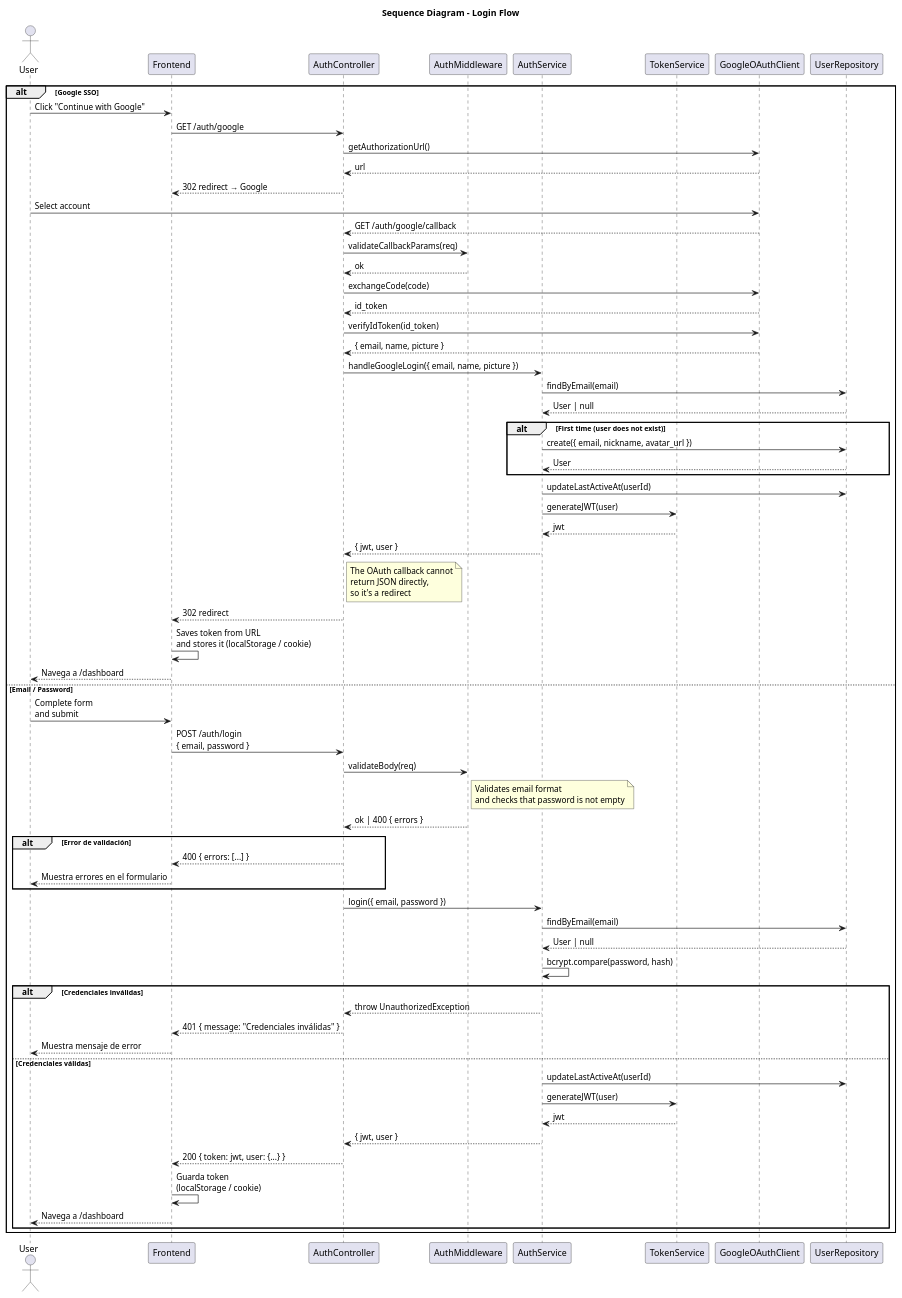
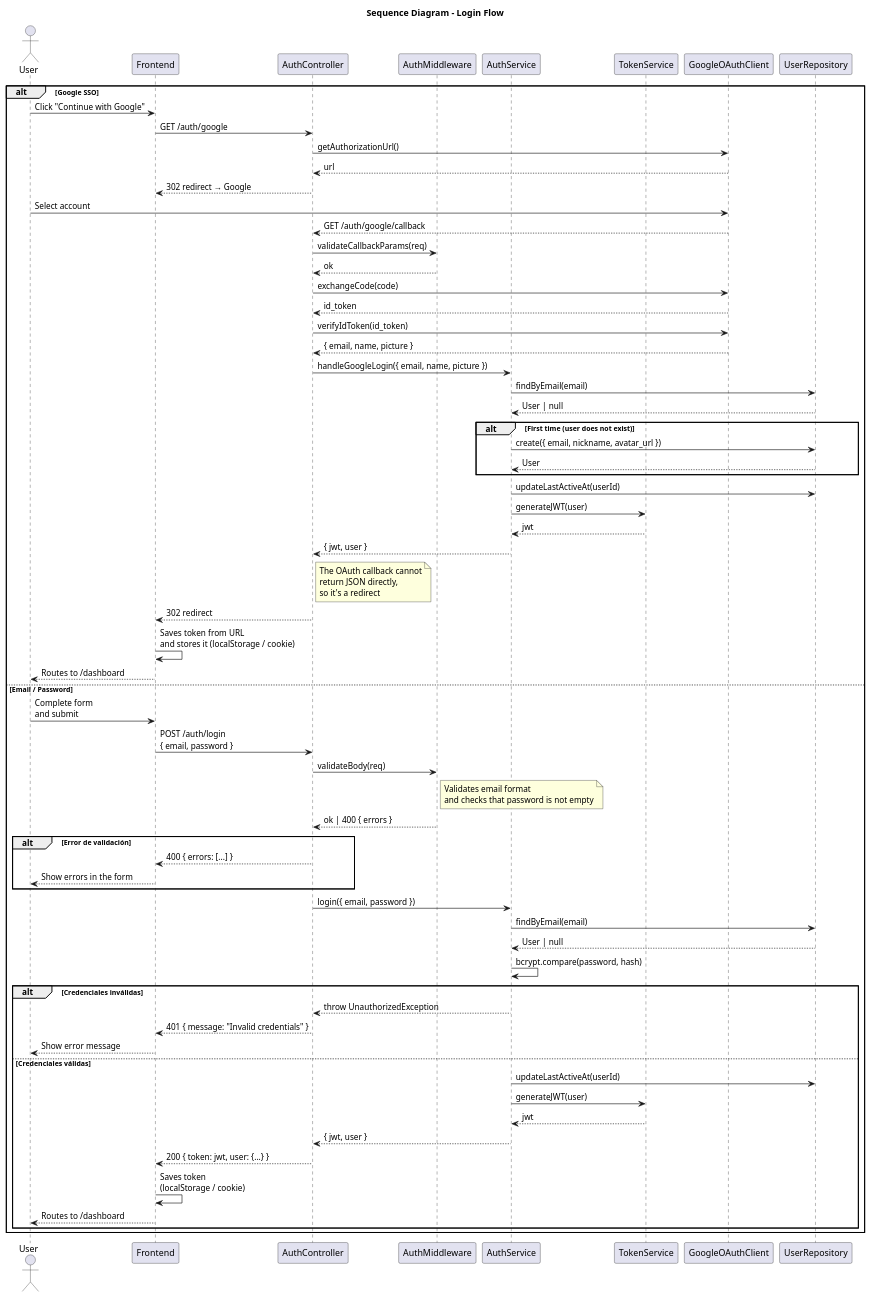
One commit to BerlyCS/AlToke changed the diagram in docs/sequence/login.puml. Above: the diagram before and after it, drawn with PlantUML. The commit also changed 2 other files, not shown here.

Commit message:
docs: added create task sequence diagram

```diff
--- a/docs/sequence/login.puml
+++ b/docs/sequence/login.puml
@@ -1,95 +1,95 @@
 @startuml
 title Sequence Diagram - Login Flow
 
 actor User
 participant "Frontend" as FE
 participant "AuthController" as AC
 participant "AuthMiddleware" as MW
 participant "AuthService" as AS
 participant "TokenService" as TS
 participant "GoogleOAuthClient" as GOC
 participant "UserRepository" as UR
 
 alt Google SSO
 
     User -> FE : Click "Continue with Google"
     FE -> AC : GET /auth/google
     AC -> GOC : getAuthorizationUrl()
     GOC --> AC : url
     AC --> FE : 302 redirect → Google
 
     User -> GOC : Select account
     GOC --> AC : GET /auth/google/callback
 
     AC -> MW : validateCallbackParams(req)
     MW --> AC : ok
 
     AC -> GOC : exchangeCode(code)
     GOC --> AC : id_token
 
     AC -> GOC : verifyIdToken(id_token)
     GOC --> AC : { email, name, picture }
 
     AC -> AS : handleGoogleLogin({ email, name, picture })
 
     AS -> UR : findByEmail(email)
     UR --> AS : User | null
 
     alt First time (user does not exist)
         AS -> UR : create({ email, nickname, avatar_url })
         UR --> AS : User
     end
 
     AS -> UR : updateLastActiveAt(userId)
 
     AS -> TS : generateJWT(user)
     TS --> AS : jwt
 
     AS --> AC : { jwt, user }
     note right of AC : The OAuth callback cannot\nreturn JSON directly,\nso it's a redirect
     AC --> FE : 302 redirect
 
     FE -> FE : Saves token from URL\nand stores it (localStorage / cookie)
-    FE --> User : Navega a /dashboard
+    FE --> User : Routes to /dashboard
 
 else Email / Password
 
     User -> FE : Complete form\nand submit
     FE -> AC : POST /auth/login\n{ email, password }
 
     AC -> MW : validateBody(req)
     note right of MW : Validates email format\nand checks that password is not empty
     MW --> AC : ok | 400 { errors }
 
     alt Error de validación
         AC --> FE : 400 { errors: [...] }
-        FE --> User : Muestra errores en el formulario
+        FE --> User : Show errors in the form
     end
 
     AC -> AS : login({ email, password })
 
     AS -> UR : findByEmail(email)
     UR --> AS : User | null
 
     AS -> AS : bcrypt.compare(password, hash)
 
     alt Credenciales inválidas
         AS --> AC : throw UnauthorizedException
-        AC --> FE : 401 { message: "Credenciales inválidas" }
-        FE --> User : Muestra mensaje de error
+        AC --> FE : 401 { message: "Invalid credentials" }
+        FE --> User : Show error message
     else Credenciales válidas
 
         AS -> UR : updateLastActiveAt(userId)
 
         AS -> TS : generateJWT(user)
         TS --> AS : jwt
 
         AS --> AC : { jwt, user }
         AC --> FE : 200 { token: jwt, user: {...} }
-        FE -> FE : Guarda token\n(localStorage / cookie)
-        FE --> User : Navega a /dashboard
+        FE -> FE : Saves token\n(localStorage / cookie)
+        FE --> User : Routes to /dashboard
     end
 
 end
 
 @enduml
```
